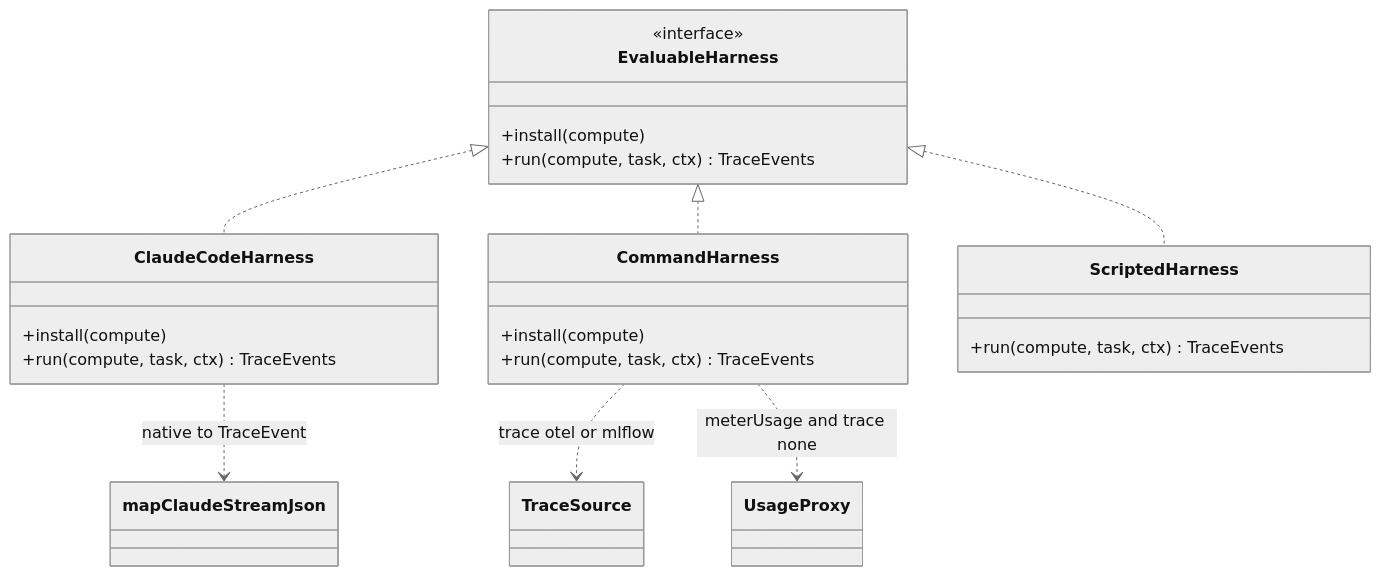
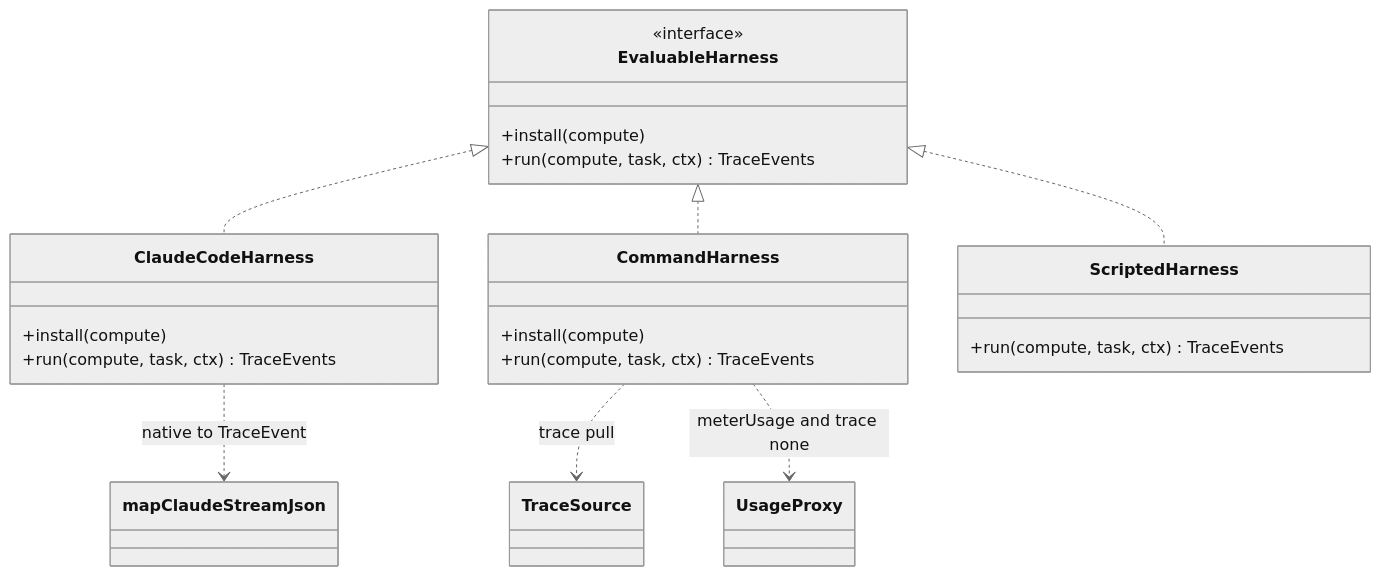
Before and after one commit to everdict/everdict: the eighth of 24 diagrams in docs/architecture/collaboration.md, drawn with Mermaid (neutral theme). The commit also changed other lines of this file and 179 other files, not shown here.

````diff
--- a/docs/architecture/collaboration.md
+++ b/docs/architecture/collaboration.md
@@ -424,25 +460,25 @@
 ```mermaid
 classDiagram
   class EvaluableHarness {
     <<interface>>
     +install(compute)
     +run(compute, task, ctx) TraceEvents
   }
   class ClaudeCodeHarness {
     +install(compute)
     +run(compute, task, ctx) TraceEvents
   }
   class CommandHarness {
     +install(compute)
     +run(compute, task, ctx) TraceEvents
   }
   class ScriptedHarness {
     +run(compute, task, ctx) TraceEvents
   }
   EvaluableHarness <|.. ClaudeCodeHarness
   EvaluableHarness <|.. CommandHarness
   EvaluableHarness <|.. ScriptedHarness
   ClaudeCodeHarness ..> mapClaudeStreamJson : native to TraceEvent
-  CommandHarness ..> TraceSource : trace otel or mlflow
+  CommandHarness ..> TraceSource : trace pull
   CommandHarness ..> UsageProxy : meterUsage and trace none
 ```
````
